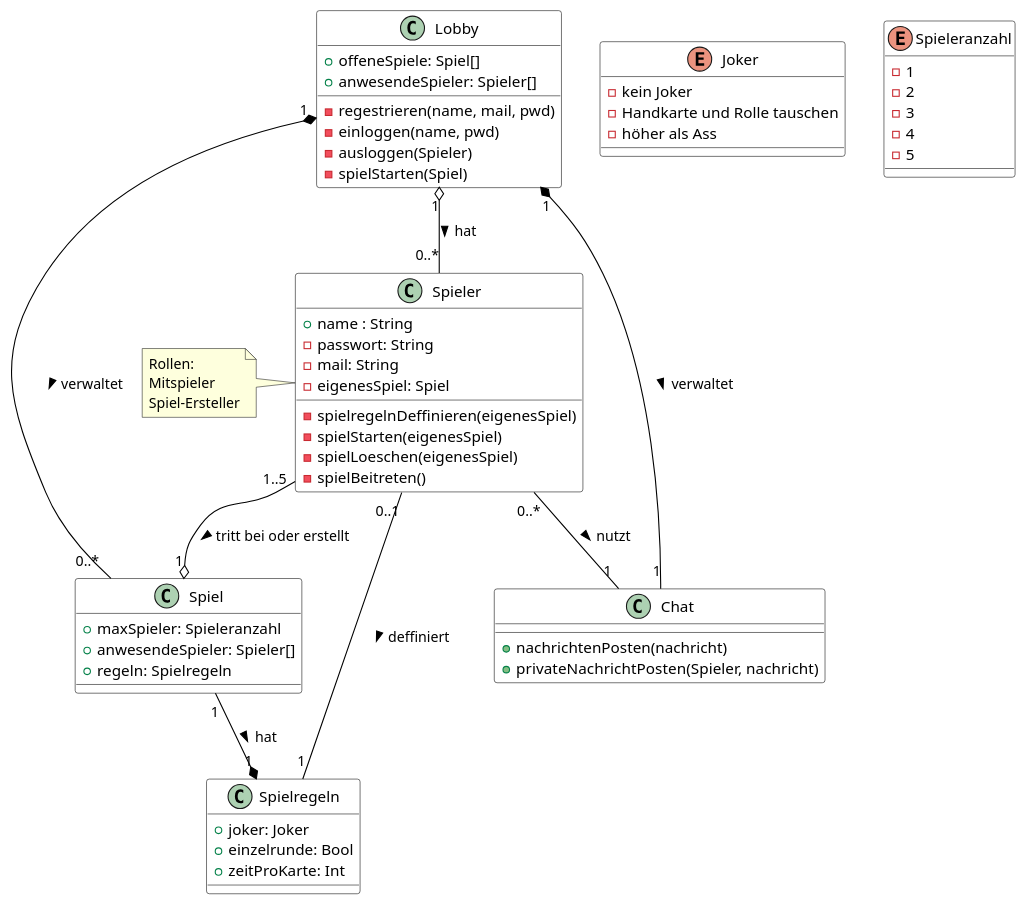
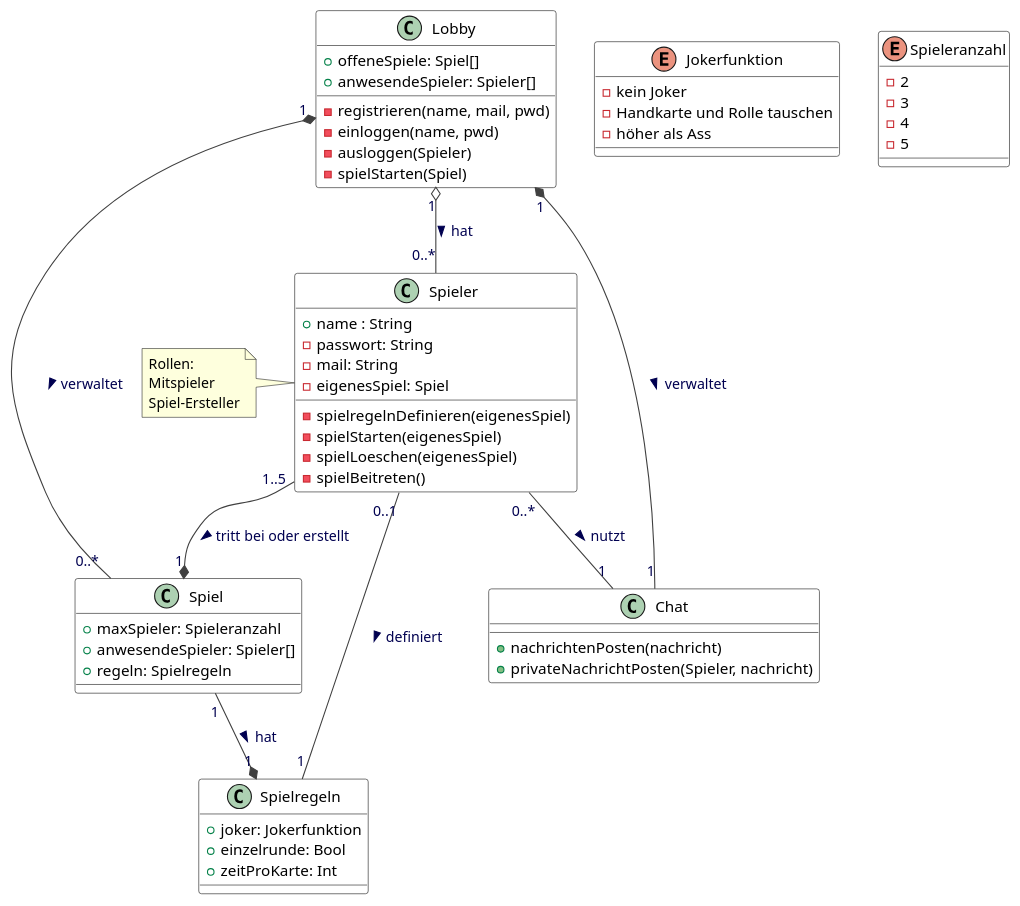
One commit to DerLurchi/Durak changed the diagram in Klassendiagramm/Klassendiagramm_Lobby.puml. Above: the diagram before and after it, drawn with PlantUML. The commit also changed 5 other files, not shown here.

```diff
--- a/Klassendiagramm/Klassendiagramm_Lobby.puml
+++ b/Klassendiagramm/Klassendiagramm_Lobby.puml
@@ -1,87 +1,87 @@
 @startuml Durak Lobby
 
 skinparam{
     ClassBackgroundColor white
     ClassBorderColor black
 
     'ClassAttributeIconSize 0
 
-    ArrowColor black
+    ArrowColor #404040
+    ArrowFontColor #000050
 
     Shadowing false
 
 }
 
 class Spieler {
     +name : String
     -passwort: String
     -mail: String
     -eigenesSpiel: Spiel
-    -spielregelnDeffinieren(eigenesSpiel)
+    -spielregelnDefinieren(eigenesSpiel)
     -spielStarten(eigenesSpiel)
     -spielLoeschen(eigenesSpiel)
     -spielBeitreten()
 }
 note left
     Rollen:
     Mitspieler 
     Spiel-Ersteller
 end note
 
 class Lobby {
     +offeneSpiele: Spiel[]
     +anwesendeSpieler: Spieler[]
-    -regestrieren(name, mail, pwd)
+    -registrieren(name, mail, pwd)
     -einloggen(name, pwd)
     -ausloggen(Spieler)
     -spielStarten(Spiel)
 }
 
 class Spiel {
     + maxSpieler: Spieleranzahl
     + anwesendeSpieler: Spieler[]
     + regeln: Spielregeln
 }
 
 class Spielregeln {
-    + joker: Joker
+    + joker: Jokerfunktion
     + einzelrunde: Bool
     + zeitProKarte: Int
 }
 
 class Chat {
     + nachrichtenPosten(nachricht)
     + privateNachrichtPosten(Spieler, nachricht)
 }
 
-enum Joker {
+enum Jokerfunktion {
     -kein Joker
     -Handkarte und Rolle tauschen
     -höher als Ass
 }
 
 enum Spieleranzahl {
-    - 1
     - 2
     - 3
     - 4
     - 5
 }
 
 
 
 Lobby "1" o-- "0..*" Spieler : hat >
 
-Spieler "1..5" --o "1" Spiel : tritt bei oder erstellt >
+Spieler "1..5" --* "1" Spiel : tritt bei oder erstellt >
 
 Spiel "1" --* "1" Spielregeln : hat >
 
 Lobby "1" *-- "0..*" Spiel : verwaltet >
 
 Spieler "0..*" -- "1" Chat : nutzt >
 
 Lobby "1" *-- "1" Chat : verwaltet >
 
-Spieler "0..1" -- "1" Spielregeln: deffiniert > 
+Spieler "0..1" -- "1" Spielregeln: definiert > 
 
 @enduml
```
